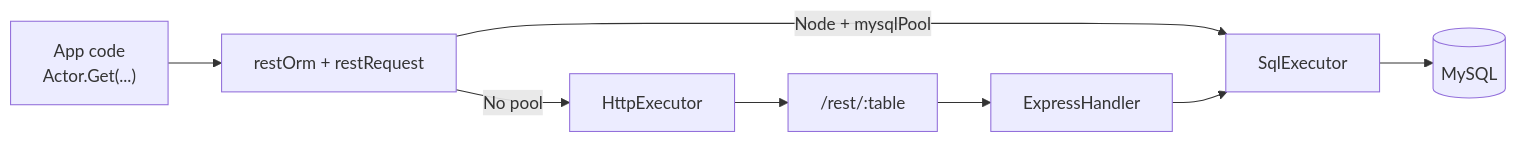
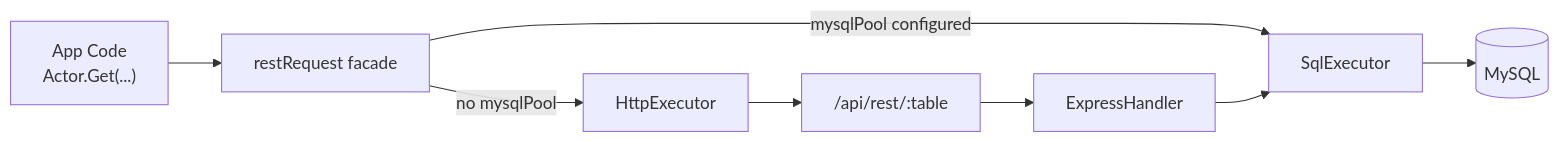
Before and after one commit to CarbonORM/CarbonNode: the diagram in README.md, drawn with Mermaid. The commit also changed other lines of this file and 11 other files, not shown here.

````diff
--- a/README.md
+++ b/README.md
@@ -93,7 +160,7 @@
 ```mermaid
 flowchart LR
-    Client["App code\nActor.Get(...)" ] --> RestRequest["restOrm + restRequest"]
-    RestRequest -->|"Node + mysqlPool"| SqlExec["SqlExecutor"] --> MySQL[("MySQL")]
-    RestRequest -->|"No pool"| HttpExec["HttpExecutor"] --> RestApi["/rest/:table"]
-    RestApi --> Express["ExpressHandler"] --> SqlExec
+    Client["App Code\nActor.Get(...)"] --> Request["restRequest facade"]
+    Request -->|"mysqlPool configured"| SQL["SqlExecutor"] --> DB[("MySQL")]
+    Request -->|"no mysqlPool"| HTTP["HttpExecutor"] --> REST["/api/rest/:table"]
+    REST --> Express["ExpressHandler"] --> SQL
 ```
````
